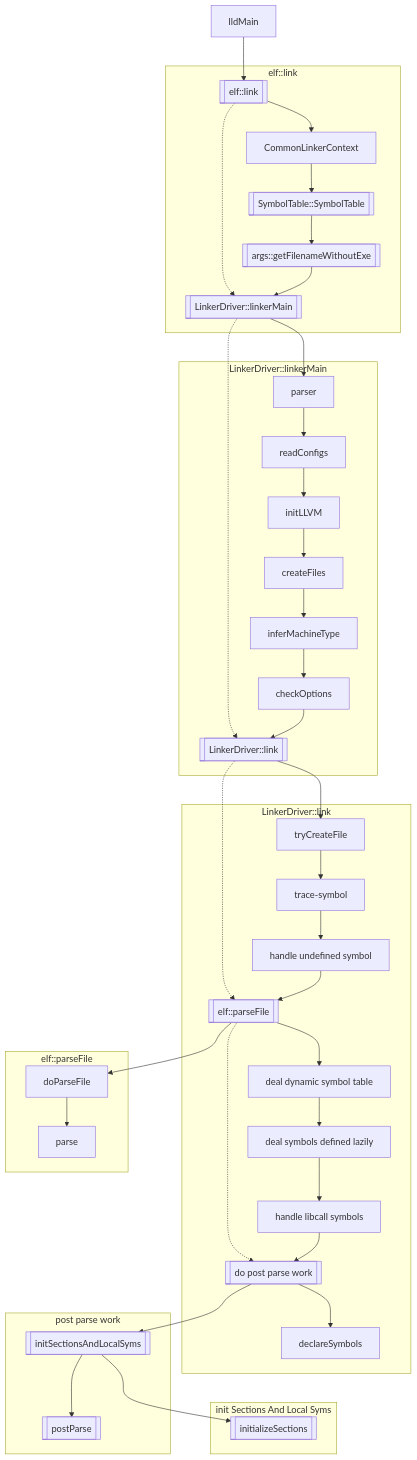
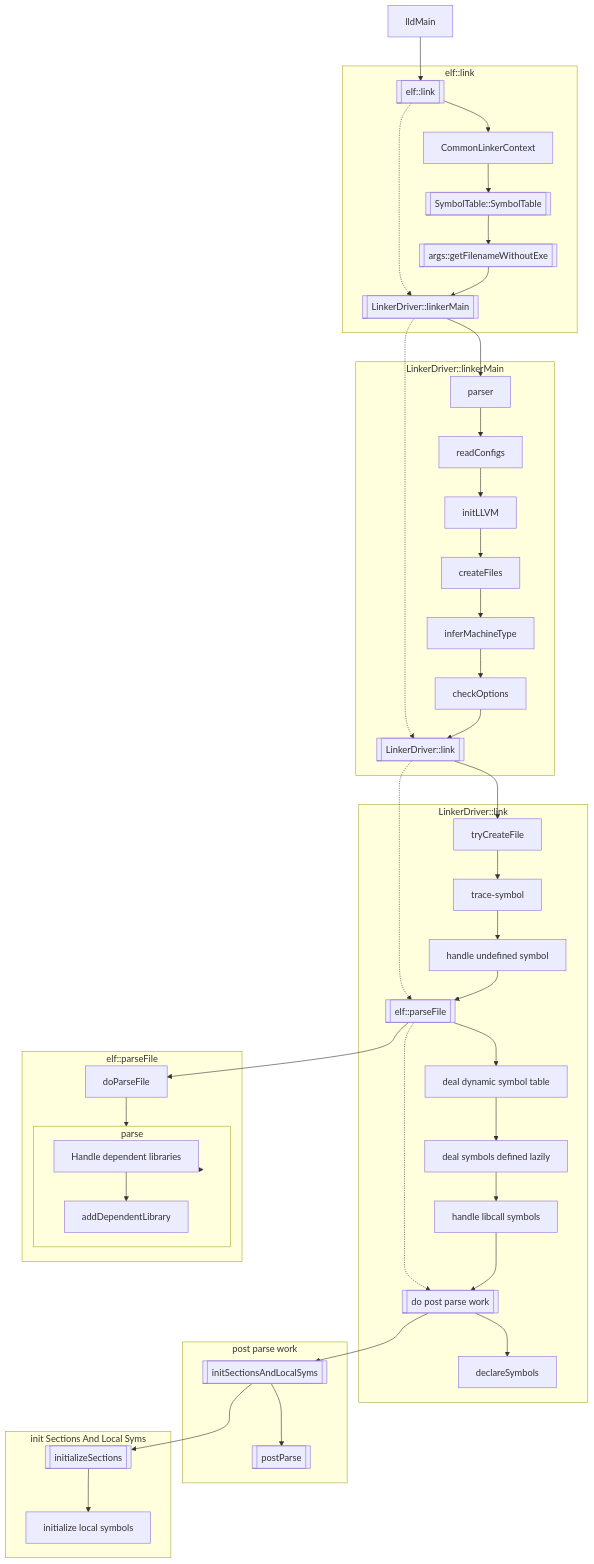
Before and after one commit to acelyb/MY-NOTE: the first of 2 diagrams in compiler/llvm-note.md, drawn with Mermaid. The commit also changed other lines of this file and 1 other file, not shown here.

````diff
--- a/compiler/llvm-note.md
+++ b/compiler/llvm-note.md
@@ -9,51 +9,57 @@
 ```mermaid
 graph TD
     lldMain[lldMain] --> elflink[[elf::link]]
     elflink -.-> LinkerDriverlinkerMain[[LinkerDriver::linkerMain]]
     LinkerDriverlinkerMain -.-> LinkerDriverlink[[LinkerDriver::link]]
     LinkerDriverlink -.-> elfparseFile[[elf::parseFile]]
     elfparseFile -.-> dopostparse[[do post parse work]]
 
     subgraph elf::link
         elflink --> ctx[CommonLinkerContext]
         ctx --> SymbolTable[[SymbolTable::SymbolTable]]
         SymbolTable --> getFilenameWithoutExe[[args::getFilenameWithoutExe]]
         getFilenameWithoutExe --> LinkerDriverlinkerMain
     end
 
     subgraph LinkerDriver::linkerMain
         LinkerDriverlinkerMain --> parser
         parser --> readConfigs
         readConfigs --> initLLVM
         initLLVM --> createFiles
         createFiles --> inferMachineType
         inferMachineType --> checkOptions
         checkOptions --> LinkerDriverlink
     end
 
     subgraph LinkerDriver::link
         LinkerDriverlink --> tryCreateFile
         tryCreateFile --> trace-symbol
         trace-symbol --> handleundefined[handle undefined symbol]
         handleundefined --> elfparseFile
         elfparseFile --> hasDynSymTab[deal dynamic symbol table]
         hasDynSymTab --> deallazysymbol[deal symbols defined lazily]
         deallazysymbol --> handleLibcall[handle libcall symbols]
         handleLibcall --> dopostparse
         dopostparse --> declareSymbols
     end
 
     subgraph elf::parseFile
         elfparseFile --> doParseFile
-        doParseFile --> parse
+        doParseFile --> parse[[parse]]
+    end
+
+    subgraph parse
+        parse --> Handledependentlibraries[Handle dependent libraries]
+        Handledependentlibraries --> addDependentLibrary
     end
 
     subgraph post parse work
         dopostparse --> initSectionsAndLocalSyms[[initSectionsAndLocalSyms]]
         initSectionsAndLocalSyms --> postParse[[postParse]]
     end
 
     subgraph init Sections And Local Syms
         initSectionsAndLocalSyms --> initializeSections[[initializeSections]]
+        initializeSections --> initializeLocalSyms[initialize local symbols]
     end
 ```
````
